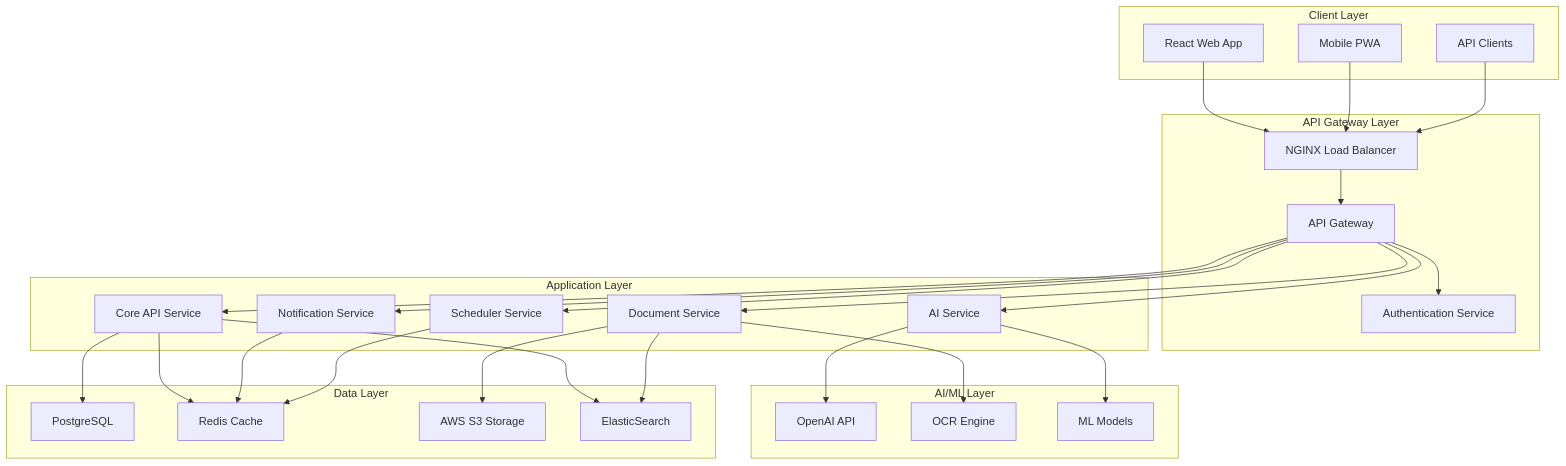
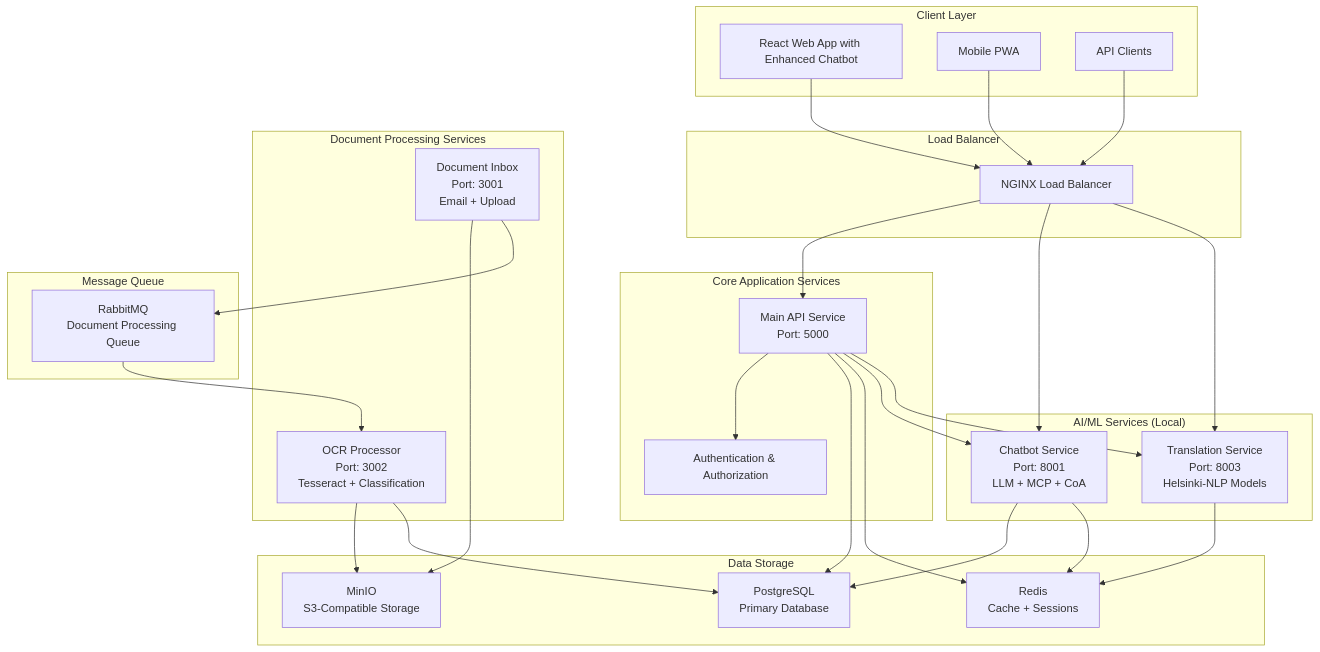
One commit to st7ma784/CMACatalyst changed the first of 3 diagrams in docs/architecture/overview.md. Above: the diagram before and after it, drawn with Mermaid. The commit also changed other lines of this file and 10 other files, not shown here.

````diff
--- a/docs/architecture/overview.md
+++ b/docs/architecture/overview.md
@@ -7,58 +7,63 @@
 ```{mermaid}
 graph TB
     subgraph "Client Layer"
-        WEB[React Web App]
+        WEB[React Web App with Enhanced Chatbot]
         MOB[Mobile PWA]
         API_CLIENTS[API Clients]
     end
     
-    subgraph "API Gateway Layer"
+    subgraph "Load Balancer"
         NGINX[NGINX Load Balancer]
-        GATEWAY[API Gateway]
-        AUTH[Authentication Service]
     end
     
-    subgraph "Application Layer"
-        CORE[Core API Service]
-        AI[AI Service]
-        DOC[Document Service]
-        NOTIFY[Notification Service]
-        SCHED[Scheduler Service]
+    subgraph "Core Application Services"
+        CORE[Main API Service<br/>Port: 5000]
+        AUTH[Authentication & Authorization]
     end
     
-    subgraph "Data Layer"
-        POSTGRES[PostgreSQL]
-        REDIS[Redis Cache]
-        S3[AWS S3 Storage]
-        ELASTIC[ElasticSearch]
+    subgraph "AI/ML Services (Local)"
+        CHATBOT[Chatbot Service<br/>Port: 8001<br/>LLM + MCP + CoA]
+        TRANSLATE[Translation Service<br/>Port: 8003<br/>Helsinki-NLP Models]
     end
     
-    subgraph "AI/ML Layer"
-        OPENAI[OpenAI API]
-        OCR[OCR Engine]
-        ML[ML Models]
+    subgraph "Document Processing Services"
+        DOC_INBOX[Document Inbox<br/>Port: 3001<br/>Email + Upload]
+        OCR[OCR Processor<br/>Port: 3002<br/>Tesseract + Classification]
+    end
+    
+    subgraph "Data Storage"
+        POSTGRES[PostgreSQL<br/>Primary Database]
+        REDIS[Redis<br/>Cache + Sessions]
+        MINIO[MinIO<br/>S3-Compatible Storage]
+    end
+    
+    subgraph "Message Queue"
+        RABBITMQ[RabbitMQ<br/>Document Processing Queue]
     end
     
     WEB --> NGINX
     MOB --> NGINX
     API_CLIENTS --> NGINX
-    NGINX --> GATEWAY
-    GATEWAY --> AUTH
-    GATEWAY --> CORE
-    GATEWAY --> AI
-    GATEWAY --> DOC
-    GATEWAY --> NOTIFY
-    GATEWAY --> SCHED
     
+    NGINX --> CORE
+    NGINX --> CHATBOT
+    NGINX --> TRANSLATE
+    
+    CORE --> AUTH
     CORE --> POSTGRES
     CORE --> REDIS
-    AI --> OPENAI
-    AI --> ML
-    DOC --> S3
-    DOC --> OCR
-    NOTIFY --> REDIS
-    SCHED --> REDIS
+    CORE --> CHATBOT
+    CORE --> TRANSLATE
     
-    CORE --> ELASTIC
-    DOC --> ELASTIC
+    CHATBOT --> POSTGRES
+    CHATBOT --> REDIS
+    
+    DOC_INBOX --> MINIO
+    DOC_INBOX --> RABBITMQ
+    
+    RABBITMQ --> OCR
+    OCR --> MINIO
+    OCR --> POSTGRES
+    
+    TRANSLATE --> REDIS
 ```
````
